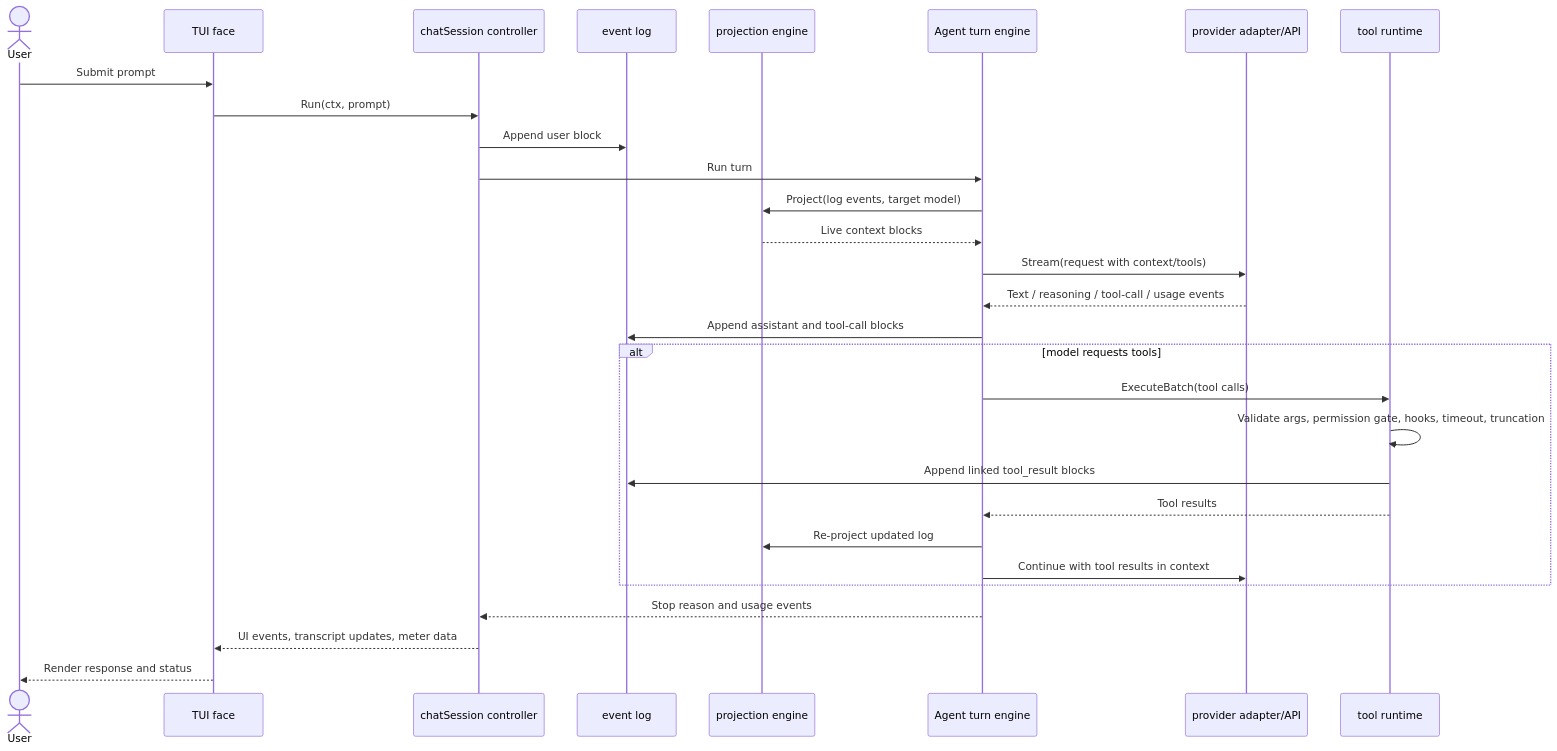
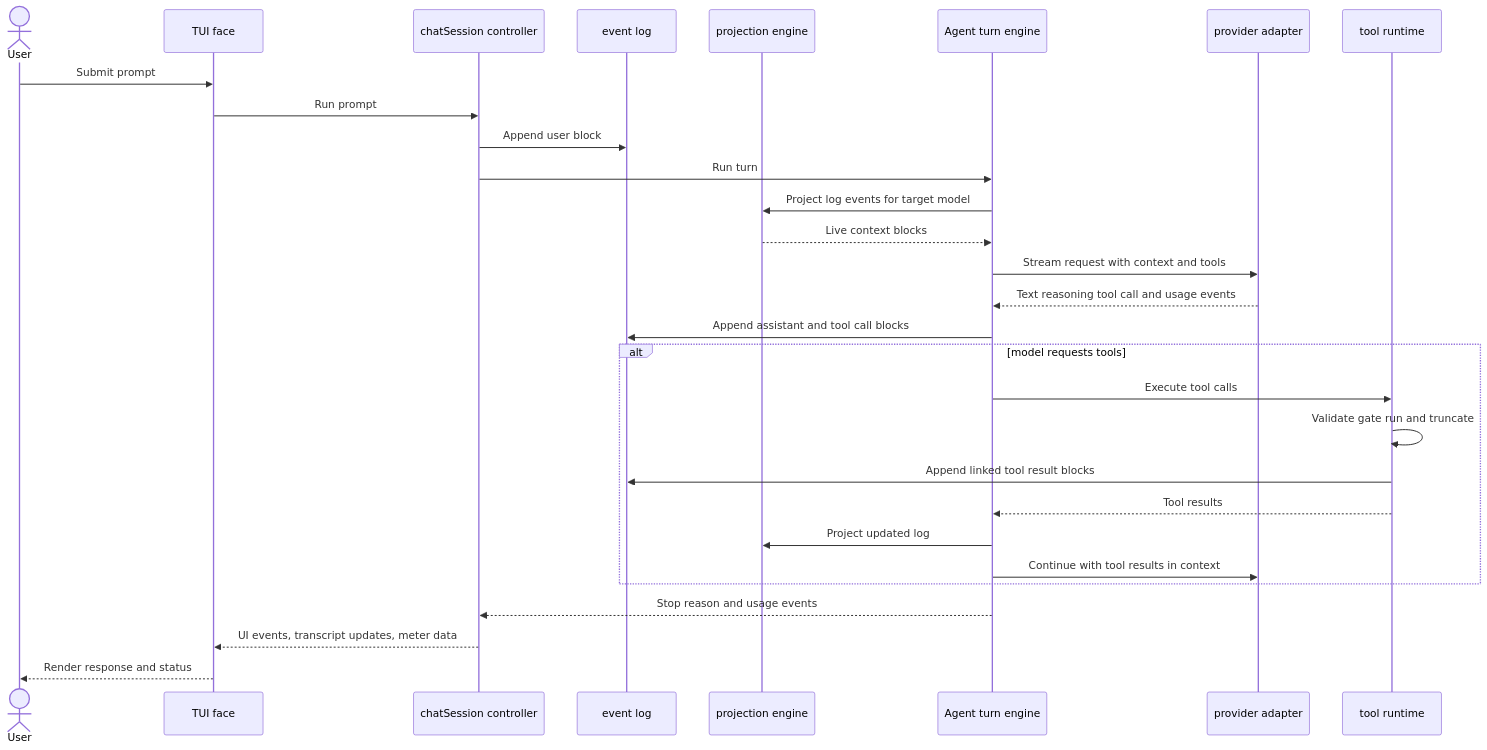
One commit to tonitienda/agent-smith changed the first of 4 diagrams in docs/architecture/runtime-flows.md. Above: the diagram before and after it, drawn with Mermaid. The commit also changed other lines of this file, not shown here.

Commit message:
docs: sanitize mermaid sequence labels

````diff
--- a/docs/architecture/runtime-flows.md
+++ b/docs/architecture/runtime-flows.md
@@ -7,32 +7,32 @@
 ```mermaid
 sequenceDiagram
     actor User
     participant TUIFace as TUI face
     participant ChatController as chatSession controller
     participant EventLog as event log
     participant ProjectionEngine as projection engine
     participant AgentLoop as Agent turn engine
-    participant ProviderAdapter as provider adapter/API
+    participant ProviderAdapter as provider adapter
     participant ToolRuntime as tool runtime
 
     User->>TUIFace: Submit prompt
-    TUIFace->>ChatController: Run(ctx, prompt)
+    TUIFace->>ChatController: Run prompt
     ChatController->>EventLog: Append user block
     ChatController->>AgentLoop: Run turn
-    AgentLoop->>ProjectionEngine: Project(log events, target model)
+    AgentLoop->>ProjectionEngine: Project log events for target model
     ProjectionEngine-->>AgentLoop: Live context blocks
-    AgentLoop->>ProviderAdapter: Stream(request with context/tools)
-    ProviderAdapter-->>AgentLoop: Text / reasoning / tool-call / usage events
-    AgentLoop->>EventLog: Append assistant and tool-call blocks
+    AgentLoop->>ProviderAdapter: Stream request with context and tools
+    ProviderAdapter-->>AgentLoop: Text reasoning tool call and usage events
+    AgentLoop->>EventLog: Append assistant and tool call blocks
     alt model requests tools
-        AgentLoop->>ToolRuntime: ExecuteBatch(tool calls)
-        ToolRuntime->>ToolRuntime: Validate args, permission gate, hooks, timeout, truncation
-        ToolRuntime->>EventLog: Append linked tool_result blocks
+        AgentLoop->>ToolRuntime: Execute tool calls
+        ToolRuntime->>ToolRuntime: Validate gate run and truncate
+        ToolRuntime->>EventLog: Append linked tool result blocks
         ToolRuntime-->>AgentLoop: Tool results
-        AgentLoop->>ProjectionEngine: Re-project updated log
+        AgentLoop->>ProjectionEngine: Project updated log
         AgentLoop->>ProviderAdapter: Continue with tool results in context
     end
     AgentLoop-->>ChatController: Stop reason and usage events
     ChatController-->>TUIFace: UI events, transcript updates, meter data
     TUIFace-->>User: Render response and status
 ```
````
